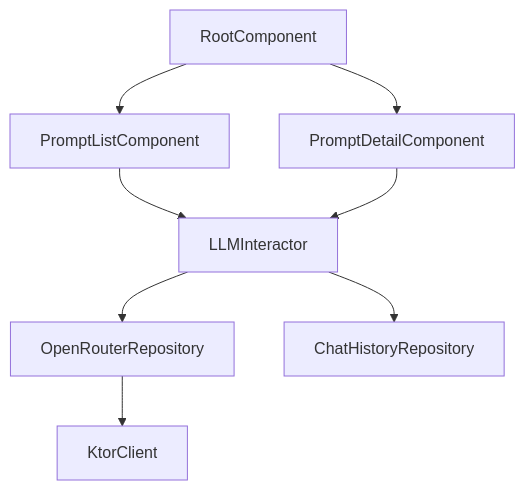
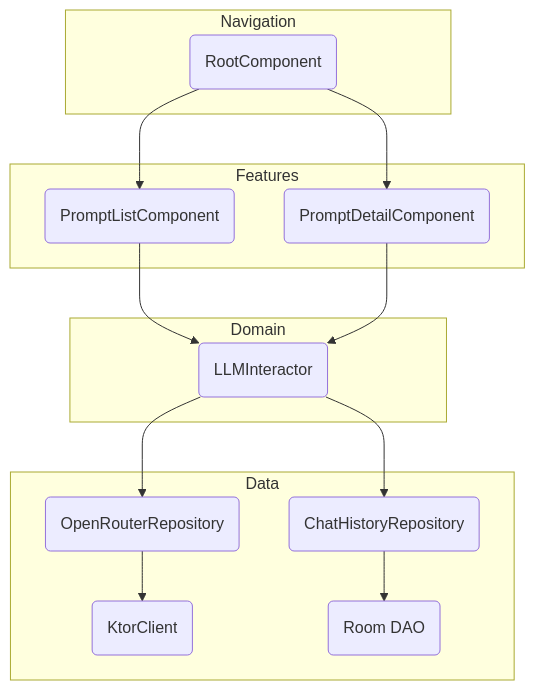
One commit to arnyigor/aipromptskmp changed the fifth of 5 diagrams in PROJECT_ANALYSIS.md. Above: the diagram before and after it, drawn with Mermaid. The commit also changed other lines of this file and 38 other files, not shown here.

````diff
--- a/PROJECT_ANALYSIS.md
+++ b/PROJECT_ANALYSIS.md
@@ -110,10 +135,25 @@
 ```mermaid
 flowchart TD
-    RootComponent --> PromptListComponent
-    RootComponent --> PromptDetailComponent
-    PromptListComponent --> LLMInteractor
-    PromptDetailComponent --> LLMInteractor
-    LLMInteractor --> OpenRouterRepository
-    LLMInteractor --> ChatHistoryRepository
-    OpenRouterRepository --> KtorClient
+    subgraph Navigation
+        A(RootComponent)
+    end
+    subgraph Features
+        B(PromptListComponent)
+        C(PromptDetailComponent)
+    end
+    subgraph Domain
+        D(LLMInteractor)
+    end
+    subgraph Data
+        E(OpenRouterRepository)
+        F(ChatHistoryRepository)
+        G(KtorClient)
+        H(Room DAO)
+    end
+    
+    A --> B & C
+    B & C --> D
+    D --> E & F
+    E --> G
+    F --> H
 ```
````
